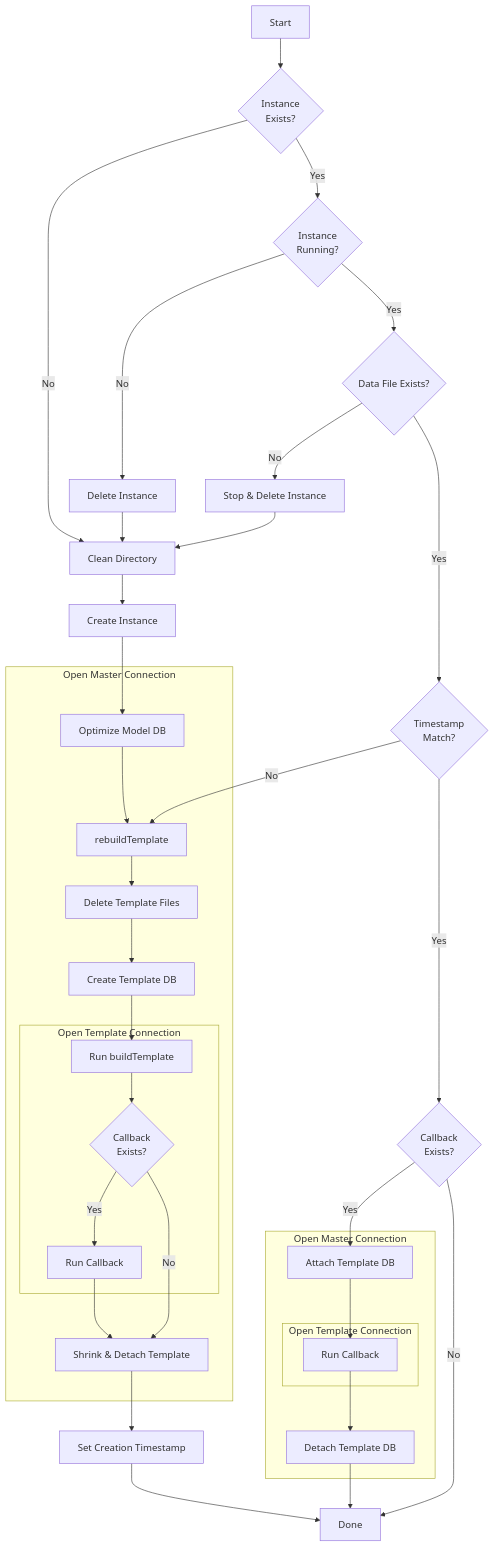
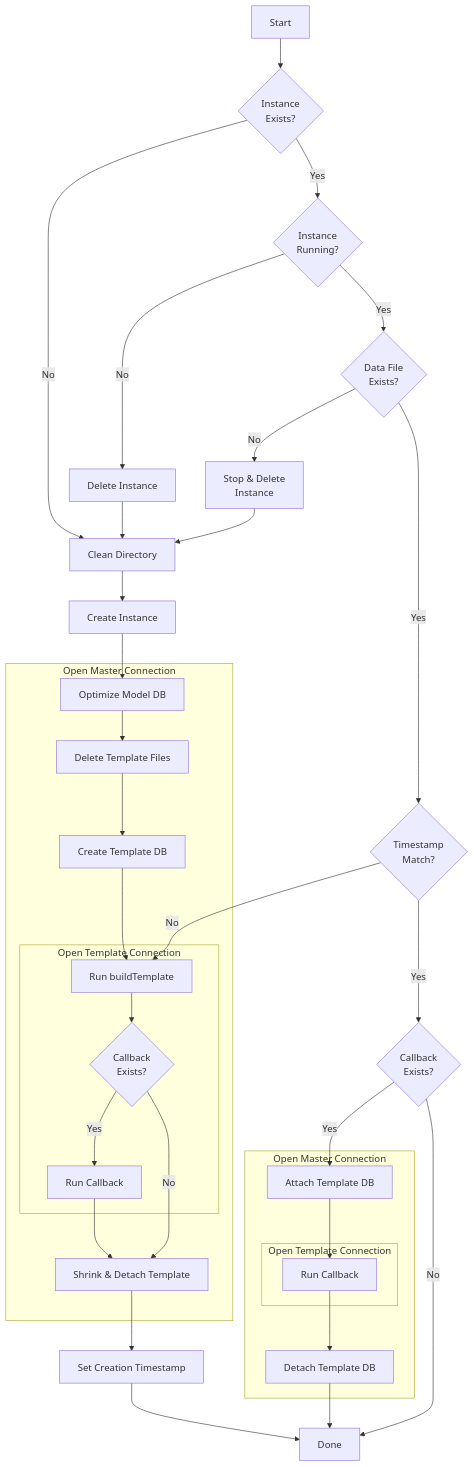
One commit to SimonCropp/LocalDb changed the second of 3 diagrams in docs/mdsource/workflow.md. Above: the diagram before and after it, drawn with Mermaid. The commit also changed other lines of this file, not shown here.

````diff
--- a/docs/mdsource/workflow.md
+++ b/docs/mdsource/workflow.md
@@ -49,77 +49,75 @@
 ```mermaid
 flowchart TD
 
     start[Start]
     checkExists{Instance<br>Exists?}
     checkRunning{Instance<br>Running?}
     deleteInstance[Delete Instance]
-    checkDataFile{Data File Exists?}
-    stopAndDelete[Stop & Delete Instance]
+    checkDataFile{Data File<br>Exists?}
+    stopAndDelete[Stop & Delete<br>Instance]
     cleanDir[Clean Directory]
     checkTimestamp{Timestamp<br>Match?}
     checkCallback{Callback<br>Exists?}
     createInstance[Create Instance]
 
     subgraph openMasterForNewBox[Open Master Connection]
         optimizeModel[Optimize Model DB]
-        rebuildTemplate
         deleteFiles[Delete Template Files]
         createTemplateDb[Create Template DB]
         subgraph openTemplateForNewBox[Open Template Connection]
             runBuildTemplate[Run buildTemplate]
             checkCallbackAfterBuild{Callback<br>Exists?}
             runCallbackAfterBuild[Run Callback]
         end
         detachShrink[Shrink & Detach Template]
     end
     setTimestamp[Set Creation Timestamp]
 
     subgraph openMasterForExistingBox[Open Master Connection]
         attachTemplate[Attach Template DB]
         subgraph openTemplateForExistingBox[Open Template Connection]
             runCallback[Run Callback]
         end
         detachTemplate[Detach Template DB]
     end
 
 
     done[Done]
 
     start --> checkExists
 
     checkExists -->|No| cleanDir
     checkExists -->|Yes| checkRunning
 
     checkRunning -->|No| deleteInstance
     deleteInstance --> cleanDir
 
     checkRunning -->|Yes| checkDataFile
 
     checkDataFile -->|No| stopAndDelete
     stopAndDelete --> cleanDir
 
     checkDataFile -->|Yes| checkTimestamp
 
-    checkTimestamp -->|No| rebuildTemplate
+    checkTimestamp -->|No| runBuildTemplate
 
     checkTimestamp -->|Yes| checkCallback
     cleanDir --> createInstance
     createInstance --> optimizeModel
-    optimizeModel --> rebuildTemplate
-    rebuildTemplate --> deleteFiles
+    optimizeModel --> deleteFiles
     deleteFiles --> createTemplateDb
     createTemplateDb --> runBuildTemplate
     runBuildTemplate --> checkCallbackAfterBuild
     checkCallbackAfterBuild -->|Yes| runCallbackAfterBuild
     checkCallbackAfterBuild -->|No| detachShrink
     runCallbackAfterBuild --> detachShrink
     detachShrink --> setTimestamp
 
     checkCallback -->|Yes| attachTemplate
     attachTemplate --> runCallback
     runCallback --> detachTemplate
 
     checkCallback -->|No| done
     detachTemplate --> done
     setTimestamp --> done
 ```
````
